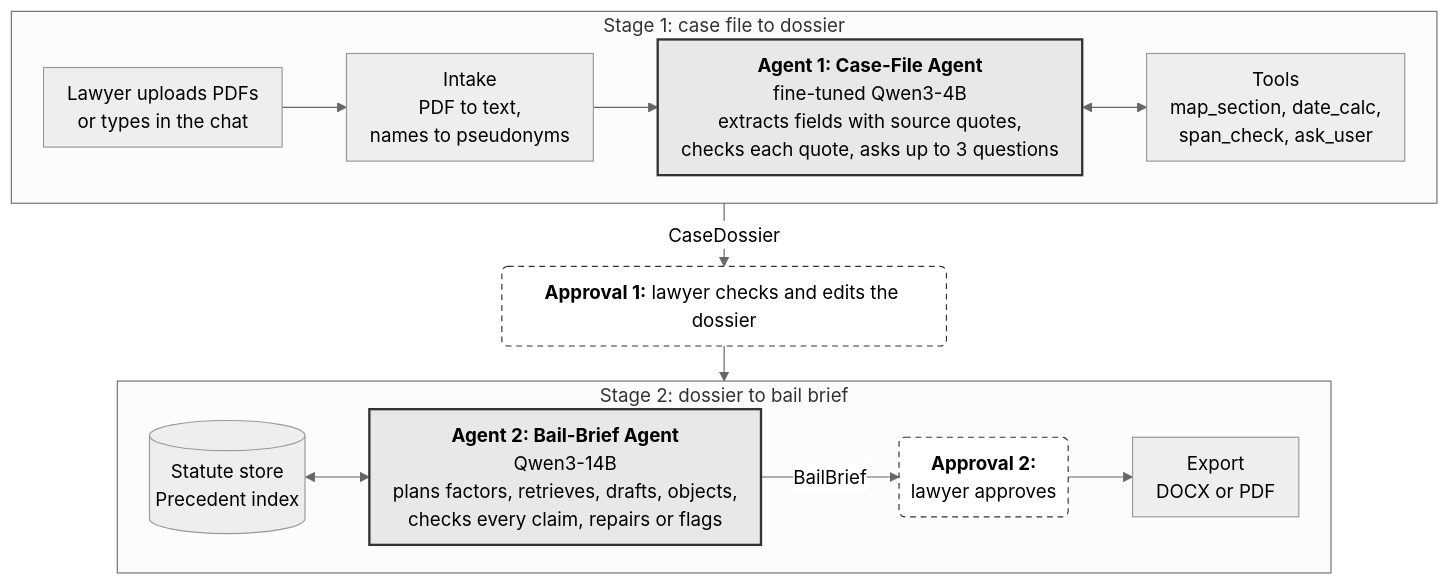
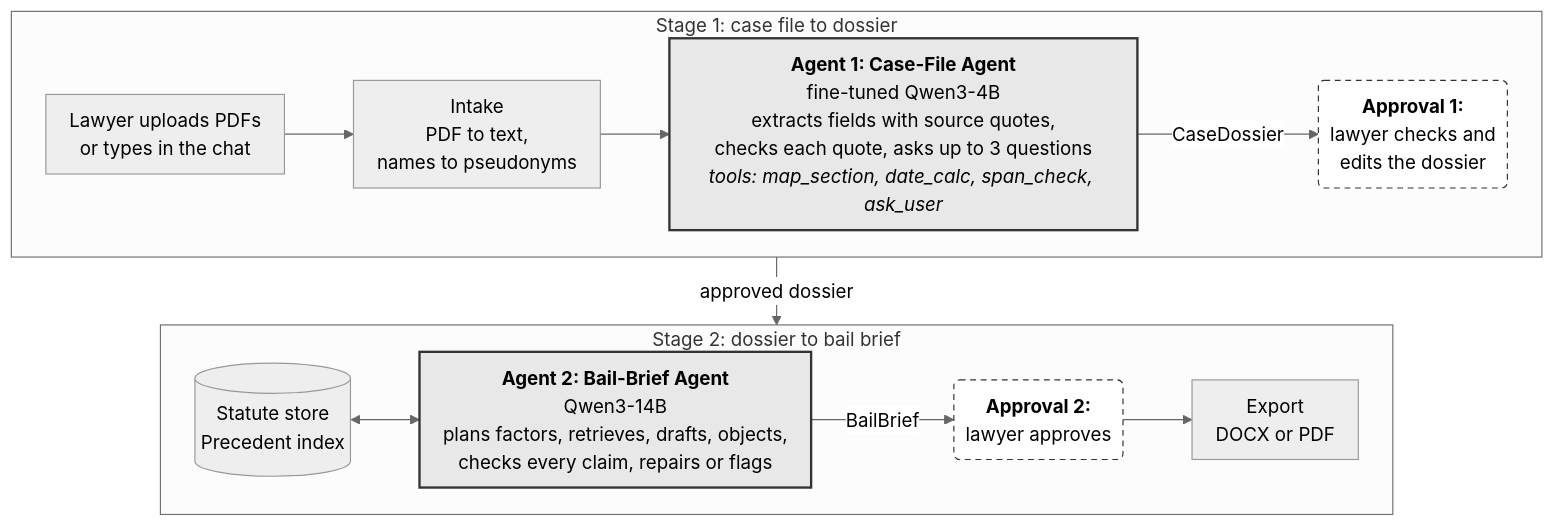
Before and after one commit to vishakkashyapk30/lma-group-project: the diagram in docs/proposal/proposal.md, drawn with Mermaid. The commit also changed other lines of this file and 4 other files, not shown here.

````diff
--- a/docs/proposal/proposal.md
+++ b/docs/proposal/proposal.md
@@ -103,25 +97,24 @@
 ```mermaid
-%%{init: {"theme": "neutral", "flowchart": {"wrappingWidth": 360, "nodeSpacing": 28, "rankSpacing": 30, "padding": 10}}}%%
+%%{init: {"theme": "neutral", "flowchart": {"wrappingWidth": 360, "nodeSpacing": 26, "rankSpacing": 34, "padding": 10}}}%%
 flowchart TB
   subgraph S1["Stage 1: case file to dossier"]
     direction LR
     U["Lawyer uploads PDFs<br/>or types in the chat"] --> I["Intake<br/>PDF to text,<br/>names to pseudonyms"]
-    I --> A1["<b>Agent 1: Case-File Agent</b><br/>fine-tuned Qwen3-4B<br/>extracts fields with source quotes,<br/>checks each quote, asks up to 3 questions"]
-    A1 <--> T["Tools<br/>map_section, date_calc,<br/>span_check, ask_user"]
+    I --> A1["<b>Agent 1: Case-File Agent</b><br/>fine-tuned Qwen3-4B<br/>extracts fields with source quotes,<br/>checks each quote, asks up to 3 questions<br/><i>tools: map_section, date_calc, span_check, ask_user</i>"]
+    A1 -->|CaseDossier| G1("<b>Approval 1:</b><br/>lawyer checks and<br/>edits the dossier")
   end
 
-  S1 -->|CaseDossier| G1("<b>Approval 1:</b> lawyer checks and edits the dossier")
-  G1 --> S2
+  S1 -->|approved dossier| S2
 
   subgraph S2["Stage 2: dossier to bail brief"]
     direction LR
     R[("Statute store<br/>Precedent index")] <--> A2["<b>Agent 2: Bail-Brief Agent</b><br/>Qwen3-14B<br/>plans factors, retrieves, drafts, objects,<br/>checks every claim, repairs or flags"]
     A2 -->|BailBrief| G2("<b>Approval 2:</b><br/>lawyer approves")
     G2 --> E["Export<br/>DOCX or PDF"]
   end
 
   classDef agent fill:#e8e8e8,stroke:#333,stroke-width:2px;
   classDef gate fill:#ffffff,stroke:#333,stroke-dasharray:5 4;
   class A1,A2 agent;
   class G1,G2 gate;
 ```
````
